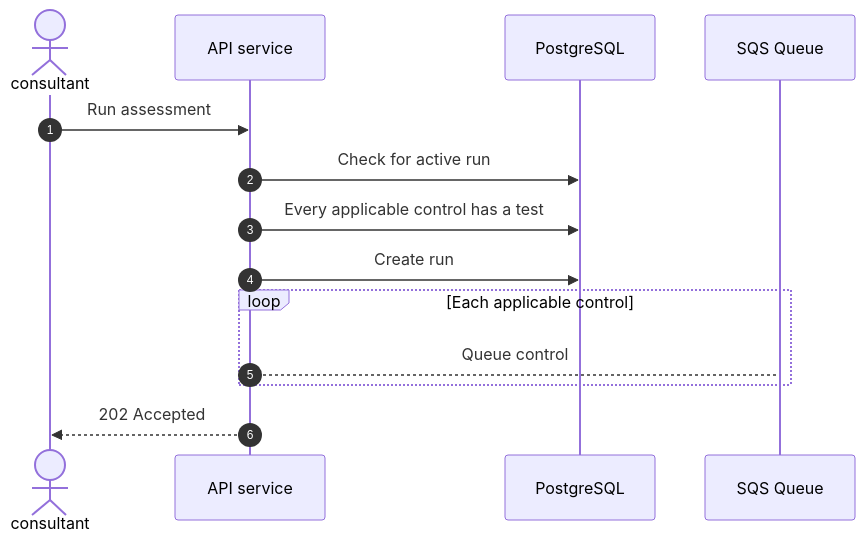
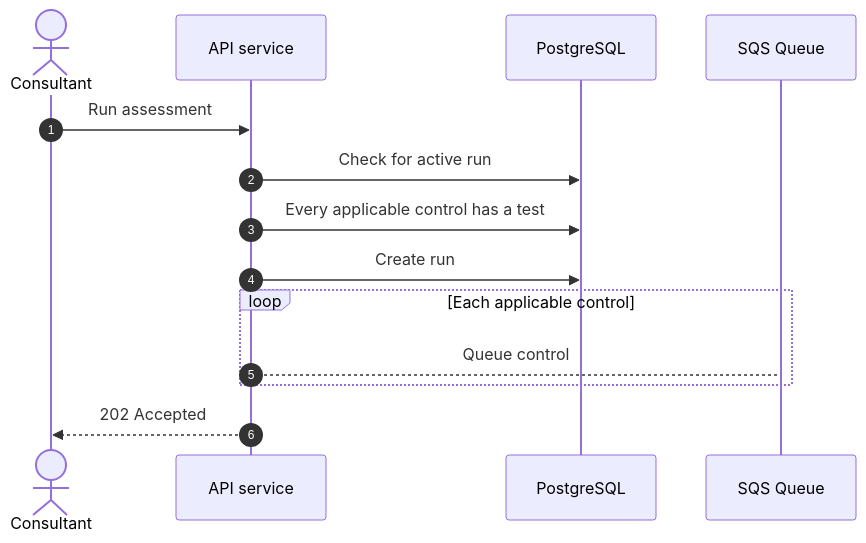
One commit to DavidRHannah/compliance changed the sixth of 12 diagrams in README.md. Above: the diagram before and after it, drawn with Mermaid. The commit also changed other lines of this file, not shown here.

Commit message:
Document diagrams reviewed, assessment diagrams made & reviewed.

````diff
--- a/README.md
+++ b/README.md
@@ -169,17 +168,17 @@
 ```mermaid
 sequenceDiagram
     autonumber
-    actor User as consultant
+    actor User as Consultant
     participant API as API service 
     participant DB as PostgreSQL
     participant SQS as SQS Queue
 
     User->>API: Run assessment
     API->>DB: Check for active run
     API->>DB: Every applicable control has a test
     API->>DB: Create run
     loop Each applicable control
         API-->SQS: Queue control
     end
     API-->>User: 202 Accepted
 ```
````
